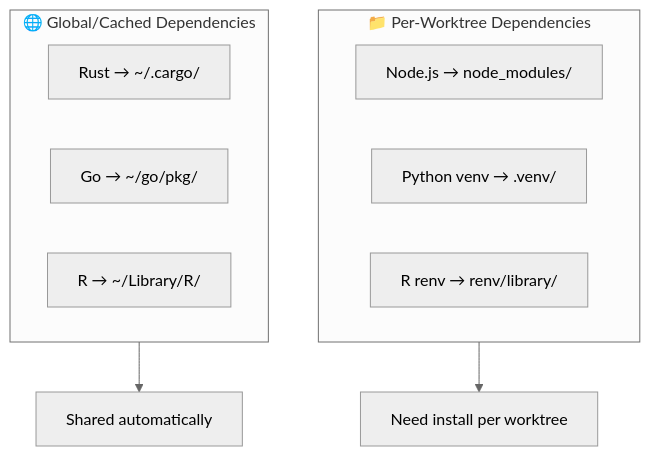
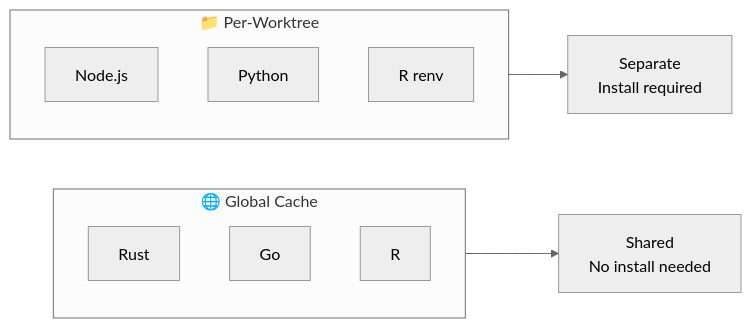
Diagram 25 of 26 in docs/guides/GIT-WORKTREES-GUIDE.md (Data-Wise/iterm2-context-switcher), drawn with Mermaid (neutral theme) before and after one commit. The commit also changed other lines of this file, not shown here.

Commit message:
fix: shorten Mermaid diagram text to prevent overflow
- Simplified box labels in all diagrams
- Use shorter paths with ellipsis
- Prevent text overflow in rendered diagrams

🤖 Generated with [Claude Code](https://claude.com/claude-code)

````diff
--- a/docs/guides/GIT-WORKTREES-GUIDE.md
+++ b/docs/guides/GIT-WORKTREES-GUIDE.md
@@ -1119,17 +1119,17 @@
 ```mermaid
-graph TD
-    subgraph LOCAL["📁 Per-Worktree Dependencies"]
-        L1["Node.js → node_modules/"]
-        L2["Python venv → .venv/"]
-        L3["R renv → renv/library/"]
+graph LR
+    subgraph GLOBAL["🌐 Global Cache"]
+        G1["Rust"]
+        G2["Go"]
+        G3["R"]
     end
 
-    subgraph GLOBAL["🌐 Global/Cached Dependencies"]
-        G1["Rust → ~/.cargo/"]
-        G2["Go → ~/go/pkg/"]
-        G3["R → ~/Library/R/"]
+    subgraph LOCAL["📁 Per-Worktree"]
+        L1["Node.js"]
+        L2["Python"]
+        L3["R renv"]
     end
 
-    LOCAL --> NEED["Need install per worktree"]
-    GLOBAL --> SHARED["Shared automatically"]
+    GLOBAL --> SHARED["Shared<br/>No install needed"]
+    LOCAL --> NEED["Separate<br/>Install required"]
 ```
````
